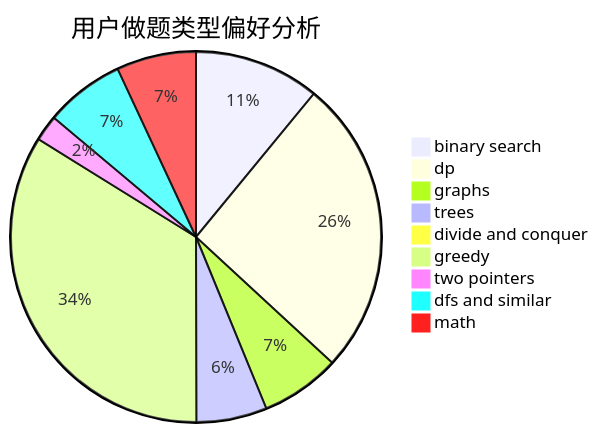
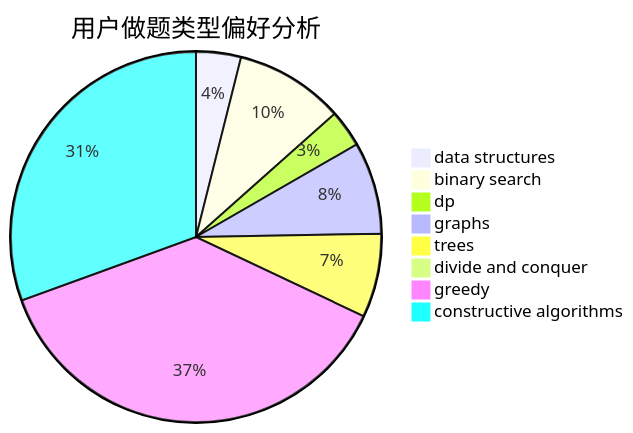
Before and after one commit to sherpahu/cfrs.github.io: the second of 3 diagrams in docs/user/u346.md, drawn with Mermaid. The commit also changed other lines of this file and 2775 other files, not shown here.

````diff
--- a/docs/user/u346.md
+++ b/docs/user/u346.md
@@ -23,12 +23,11 @@
 ```mermaid
 pie title 用户做题类型偏好分析
-    "binary search" :  183
-    "dp" :  433
-    "graphs" :  116
-    "trees" :  103
+    "data structures" :  53
+    "binary search" :  129
+    "dp" :  44
+    "graphs" :  109
+    "trees" :  99
     "divide and conquer" :  0
-    "greedy" :  566
-    "two pointers" :  38
-    "dfs and similar" :  116
-    "math" :  116
+    "greedy" :  507
+    "constructive algorithms" :  414
 ```
````
